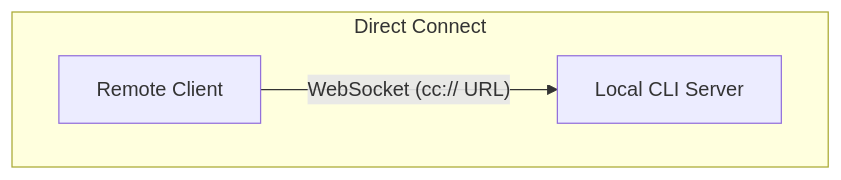
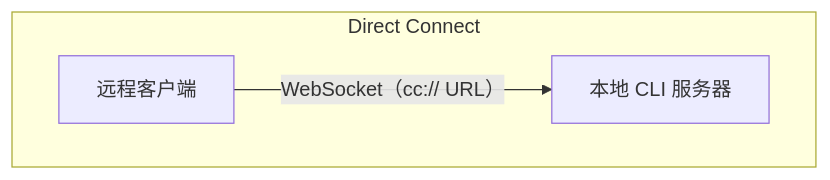
One commit to quanuanc/claude-code-from-source changed the third of 4 diagrams in book-zh/ch16-remote.md. Above: the diagram before and after it, drawn with Mermaid. The commit also changed other lines of this file and 1 other file, not shown here.

````diff
--- a/book-zh/ch16-remote.md
+++ b/book-zh/ch16-remote.md
@@ -37,6 +30,6 @@
 ```mermaid
 graph TB
     subgraph "Direct Connect"
-        CLIENT[Remote Client] -->|"WebSocket (cc:// URL)"| SERVER[Local CLI Server]
+        CLIENT[远程客户端] -->|"WebSocket（cc:// URL）"| SERVER[本地 CLI 服务器]
     end
 ```
````
